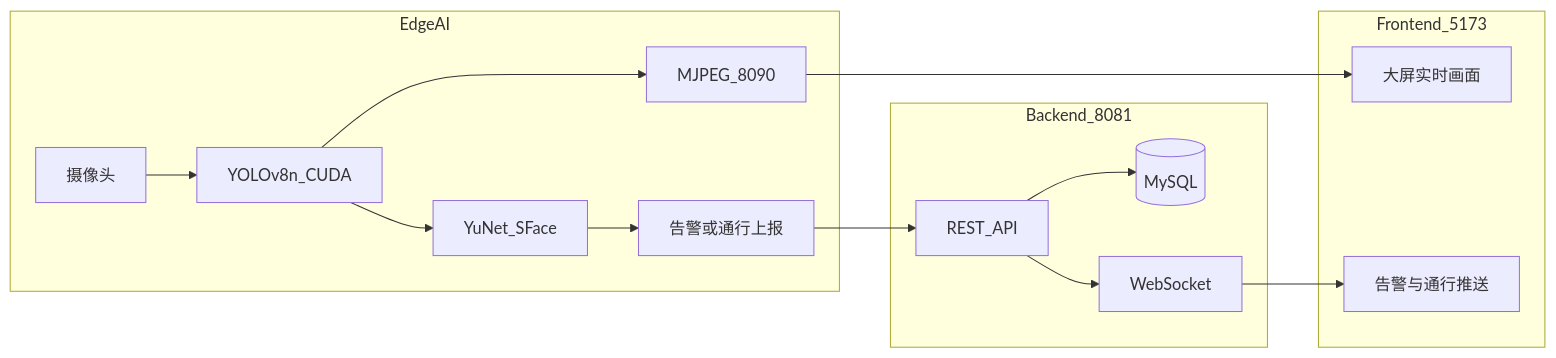
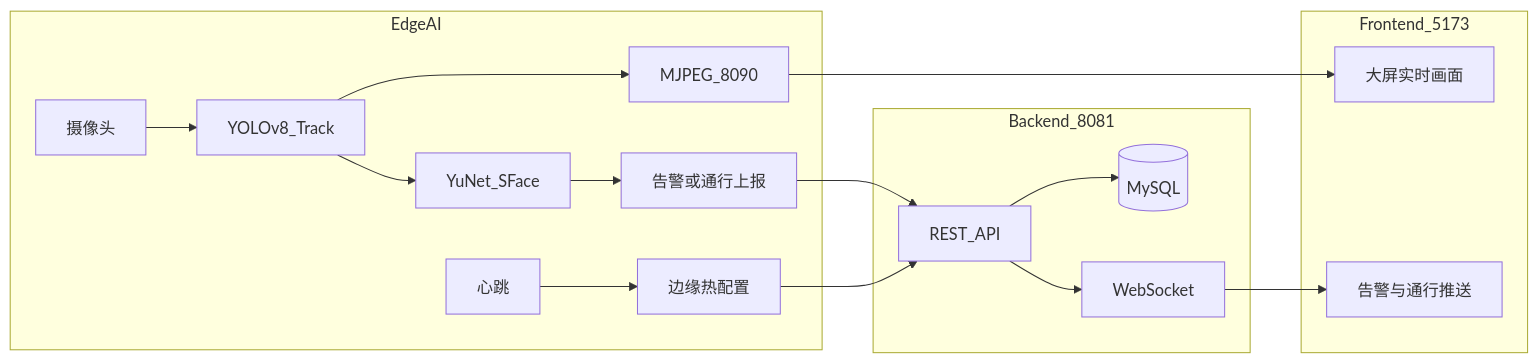
The diagram in README.md (Ckj6818/intelligent-door-alert-system), drawn with Mermaid before and after one commit. The commit also changed other lines of this file and 9 other files, not shown here.

````diff
--- a/README.md
+++ b/README.md
@@ -37,18 +75,20 @@
 ```mermaid
 flowchart LR
   subgraph edge [EdgeAI]
-    Cam[摄像头] --> YOLO[YOLOv8n_CUDA]
+    Cam[摄像头] --> YOLO[YOLOv8_Track]
     YOLO --> Face[YuNet_SFace]
     Face --> Upload[告警或通行上报]
     YOLO --> Mjpeg[MJPEG_8090]
+    HB[心跳] --> EdgeCfg[边缘热配置]
   end
   subgraph cloud [Backend_8081]
     Upload --> API[REST_API]
     API --> DB[(MySQL)]
     API --> WS[WebSocket]
+    EdgeCfg --> API
   end
   subgraph ui [Frontend_5173]
     Mjpeg --> Live[大屏实时画面]
     WS --> Dash[告警与通行推送]
   end
 ```
````
